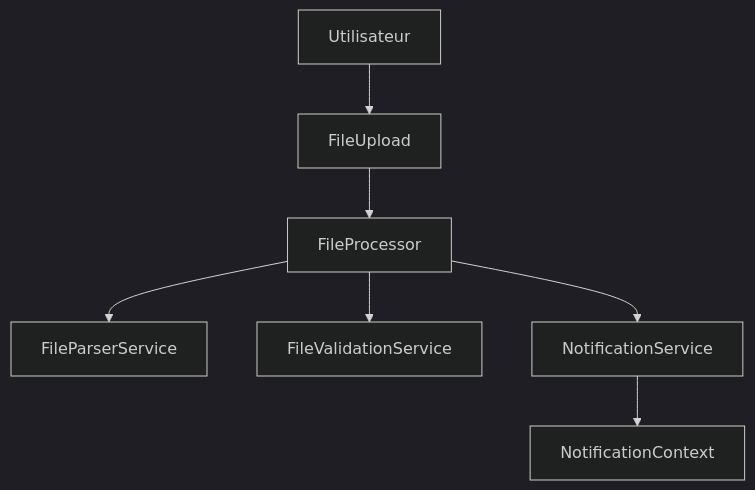
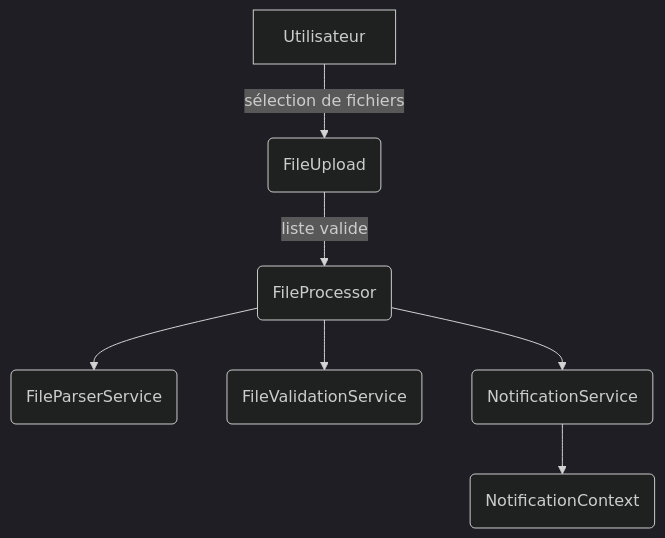
Before and after one commit to Fr3doo/Postman_Runner_File_Processor: the diagram in AGENTS.md, drawn with Mermaid (dark theme).

````diff
--- a/AGENTS.md
+++ b/AGENTS.md
@@ -79,10 +79,11 @@
 ```mermaid
 graph TD
-    Utilisateur --> FileUpload
-    FileUpload --> FileProcessor
-    FileProcessor --> FileParserService
-    FileProcessor --> FileValidationService
-    FileProcessor --> NotificationService
-    NotificationService --> NotificationContext
+  A[Utilisateur] -->|sélection de fichiers| B(FileUpload)
+  B -->|liste valide| C(FileProcessor)
+  C --> D(FileParserService)
+  C --> E(FileValidationService)
+  C --> F(NotificationService)
+  F --> G(NotificationContext)
+
 
 ```
````
